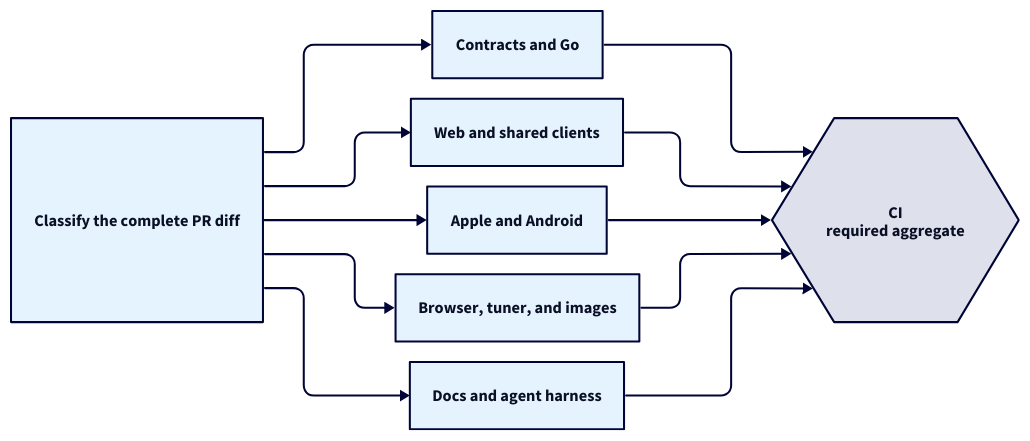
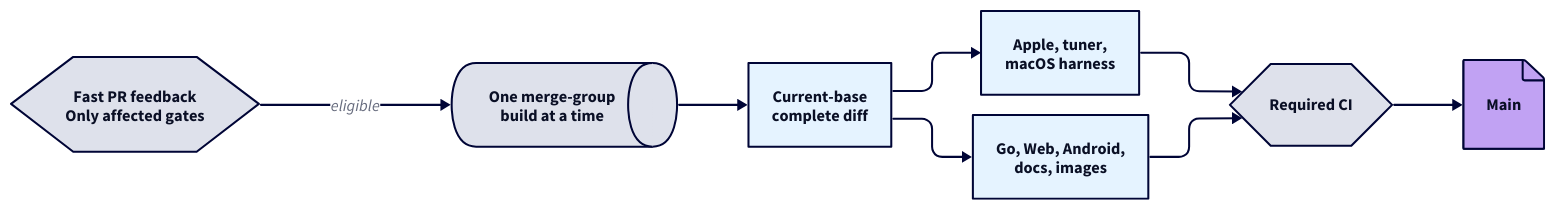
Before and after one commit to loomarr/loomarr: the diagram in docs/diagrams/ci.d2, drawn with D2. The commit also changed 18 other files, not shown here.

First line of the commit message:
ci: admit scarce macOS work through merge queue (#612)

```diff
--- a/docs/diagrams/ci.d2
+++ b/docs/diagrams/ci.d2
@@ -1,30 +1,25 @@
 vars: {
   d2-config: {
     layout-engine: elk
     theme-id: 4
     dark-theme-id: 200
     pad: 32
     center: true
   }
 }
 
 direction: right
 
-changes: Classify the complete PR diff
-contracts: Contracts and Go
-clients: Web and shared clients
-native: Apple and Android
-runtime: Browser, tuner, and images
-docs: Docs and agent harness
-required: CI\nrequired aggregate {shape: hexagon}
+feedback: Fast PR feedback\nOnly affected gates {shape: hexagon}
+queue: One merge-group\nbuild at a time {shape: queue}
+current: Current-base\ncomplete diff
+native: Apple, tuner,\nmacOS harness
+other: Go, Web, Android,\ndocs, images
+required: Required CI {shape: hexagon}
+main: Main {shape: page}
 
-changes -> contracts
-changes -> clients
-changes -> native
-changes -> runtime
-changes -> docs
-contracts -> required
-clients -> required
-native -> required
-runtime -> required
-docs -> required
+feedback -> queue: eligible
+queue -> current
+current -> native -> required
+current -> other -> required
+required -> main
```
